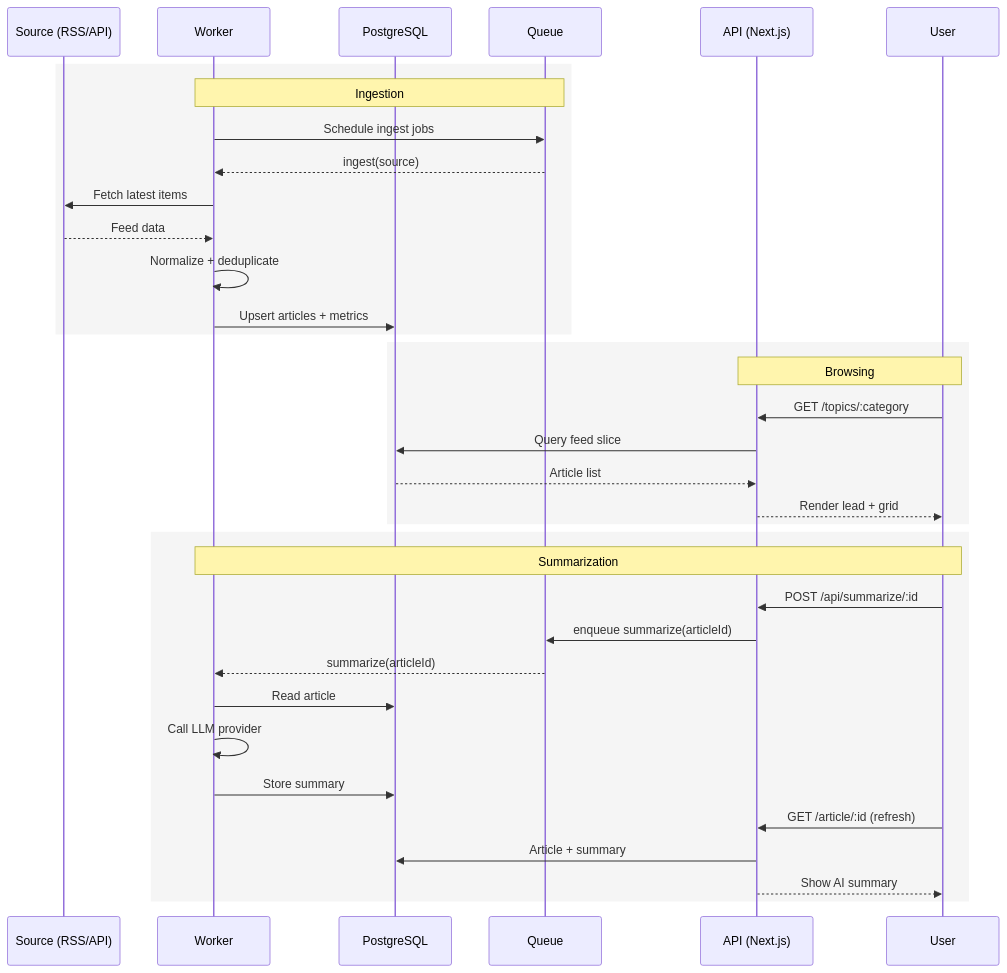
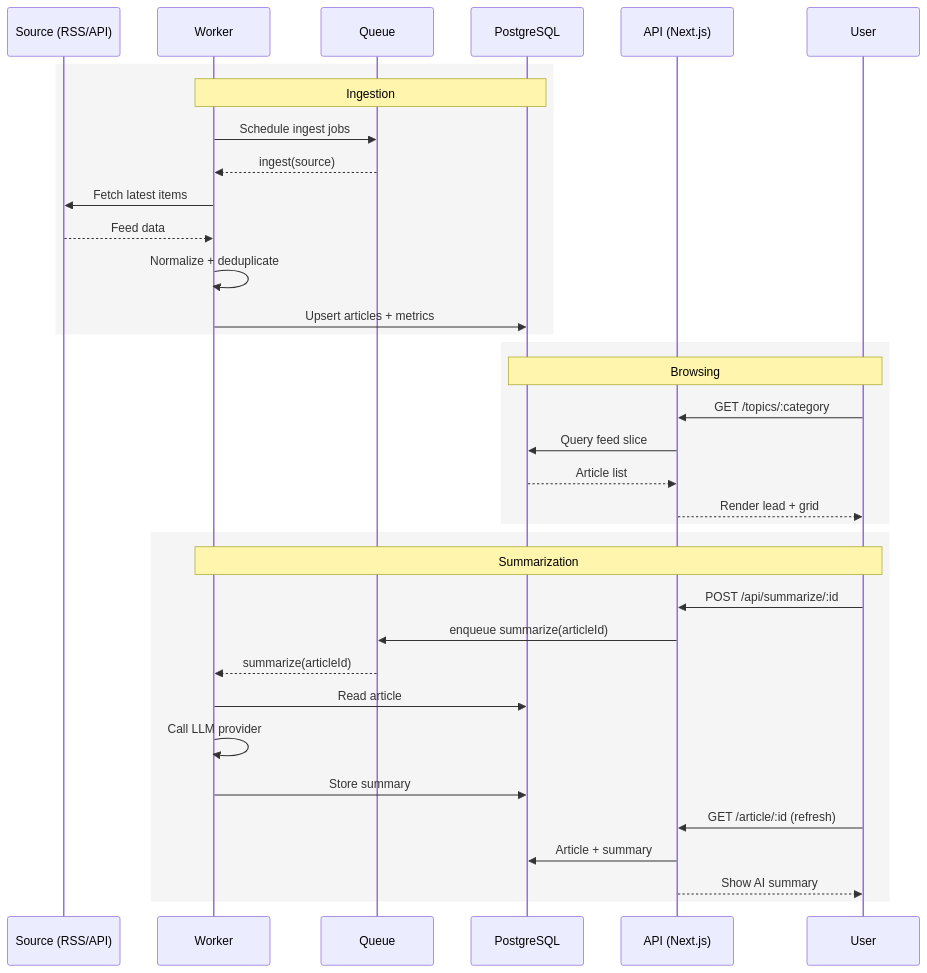
One commit to nordeim/onestopnews changed the second of 3 diagrams in README.md. Above: the diagram before and after it, drawn with Mermaid.

````diff
--- a/README.md
+++ b/README.md
@@ -128,40 +128,40 @@
 ```mermaid
 sequenceDiagram
   participant S as Source (RSS/API)
   participant W as Worker
+  participant Q as Queue
   participant DB as PostgreSQL
-  participant Q as Queue
   participant A as API (Next.js)
   participant U as User
 
   rect rgb(245,245,245)
-    Note over W,Q: Ingestion
+    Note over W,DB: Ingestion
     W->>Q: Schedule ingest jobs
     Q-->>W: ingest(source)
     W->>S: Fetch latest items
     S-->>W: Feed data
     W->>W: Normalize + deduplicate
     W->>DB: Upsert articles + metrics
   end
 
   rect rgb(245,245,245)
-    Note over A,U: Browsing
+    Note over DB,U: Browsing
     U->>A: GET /topics/:category
     A->>DB: Query feed slice
     DB-->>A: Article list
     A-->>U: Render lead + grid
   end
 
   rect rgb(245,245,245)
     Note over W,U: Summarization
     U->>A: POST /api/summarize/:id
     A->>Q: enqueue summarize(articleId)
     Q-->>W: summarize(articleId)
     W->>DB: Read article
     W->>W: Call LLM provider
     W->>DB: Store summary
     U->>A: GET /article/:id (refresh)
     A->>DB: Article + summary
     A-->>U: Show AI summary
   end
 ```
````
